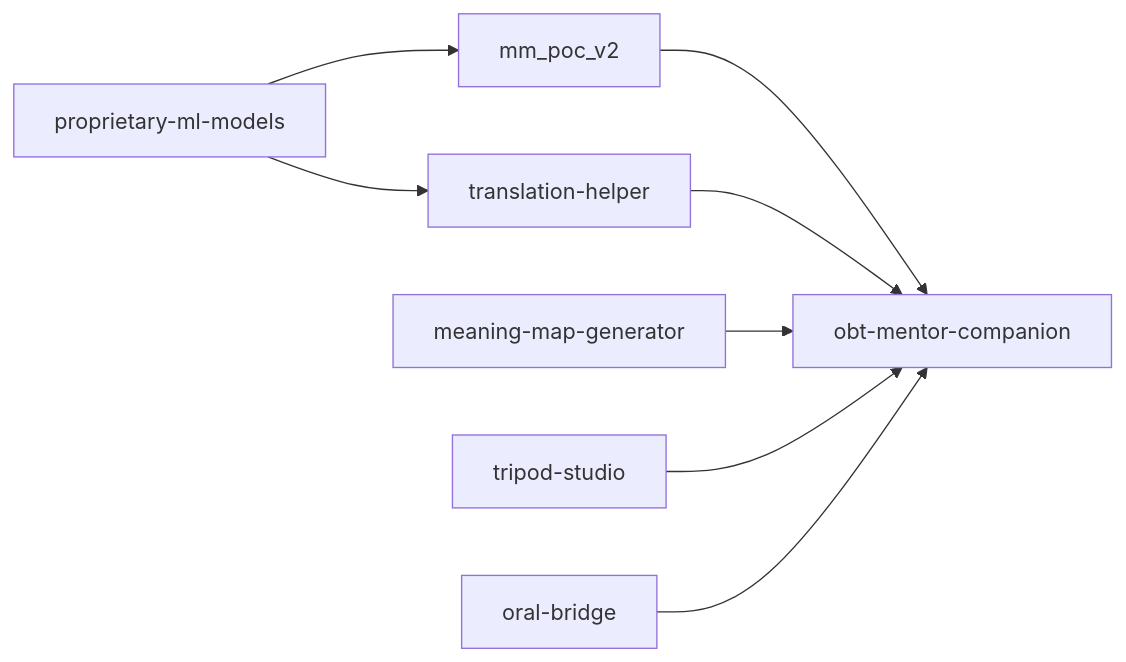
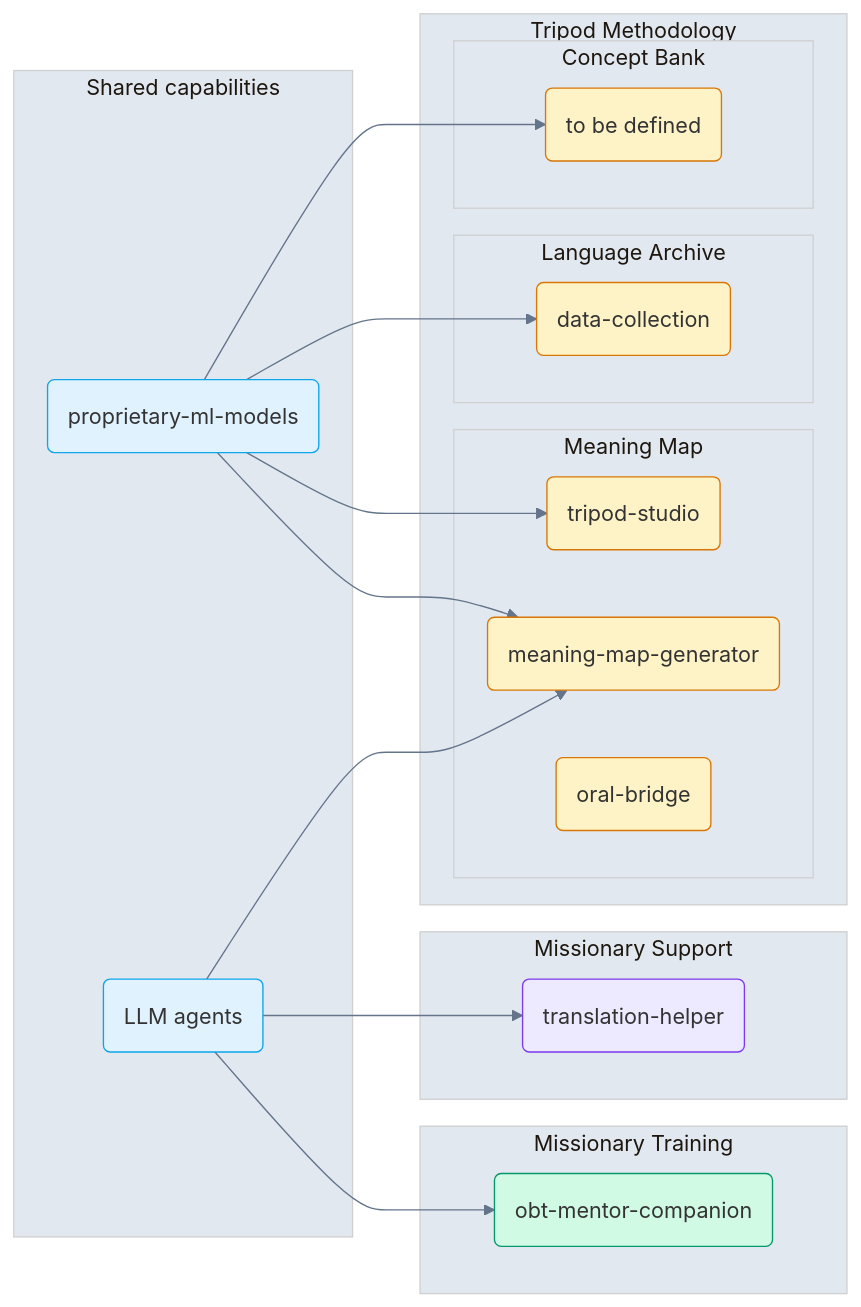
Before and after one commit to shemaobt/docs: the diagram in site/docs/architecture/system-landscape.md, drawn with Mermaid.

Commit message:
docs(architecture): restructure system landscape with subgraphs and shared capabilities
Made-with: Cursor

````diff
--- a/site/docs/architecture/system-landscape.md
+++ b/site/docs/architecture/system-landscape.md
@@ -12,18 +12,47 @@
 ```mermaid
+%%{init: {'theme':'base', 'themeVariables': { 'primaryColor':'#f8fafc', 'primaryBorderColor':'#cbd5e1', 'lineColor':'#64748b', 'secondaryColor':'#f1f5f9', 'tertiaryColor':'#e2e8f0'}}}%%
 flowchart LR
-  A[obt-mentor-companion]
-  B[translation-helper]
-  C[mm_poc_v2]
-  D[tripod-studio]
-  E[meaning-map-generator]
-  F[oral-bridge]
-  G[proprietary-ml-models]
+  subgraph Shared["Shared capabilities"]
+    G(proprietary-ml-models)
+    H(LLM agents)
+  end
 
-  G --> C
-  G --> B
-  C --> A
-  B --> A
-  E --> A
-  D --> A
-  F --> A
+  subgraph Tripod["Tripod Methodology"]
+    subgraph MeaningMap["Meaning Map"]
+      D(tripod-studio)
+      E(meaning-map-generator)
+      F(oral-bridge)
+    end
+    subgraph LanguageArchive["Language Archive"]
+      W(data-collection)
+    end
+    subgraph ConceptBank["Concept Bank"]
+      U(to be defined)
+    end
+  end
+
+  subgraph MissionaryTraining["Missionary Training"]
+    A(obt-mentor-companion)
+  end
+
+  subgraph MissionarySupport["Missionary Support"]
+    B(translation-helper)
+  end
+
+  G --> W
+  G --> U
+  G --> D
+  G --> E
+  H --> A
+  H --> B
+  H --> E
+
+  classDef shared fill:#e0f2fe,stroke:#0ea5e9,stroke-width:1px
+  classDef tripod fill:#fef3c7,stroke:#d97706,stroke-width:1px
+  classDef training fill:#d1fae5,stroke:#059669,stroke-width:1px
+  classDef support fill:#ede9fe,stroke:#7c3aed,stroke-width:1px
+  class G,H shared
+  class D,E,F,W,U tripod
+  class A training
+  class B support
 ```
````
